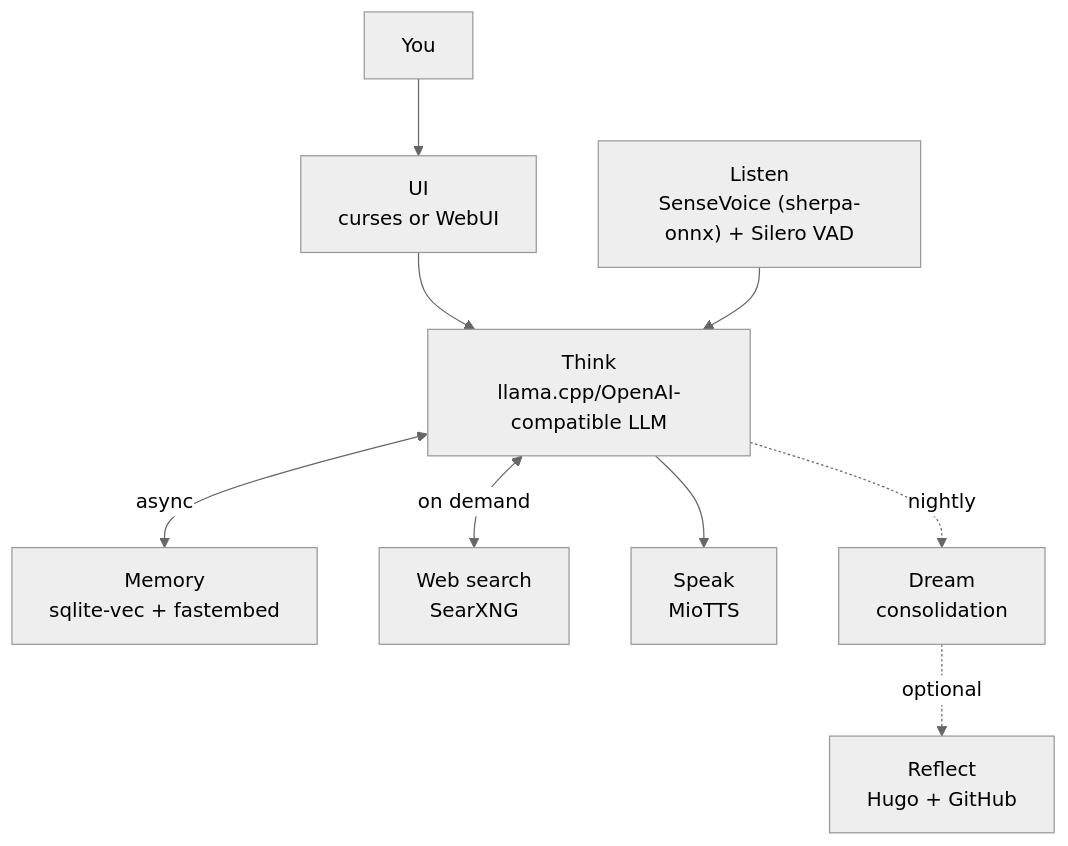
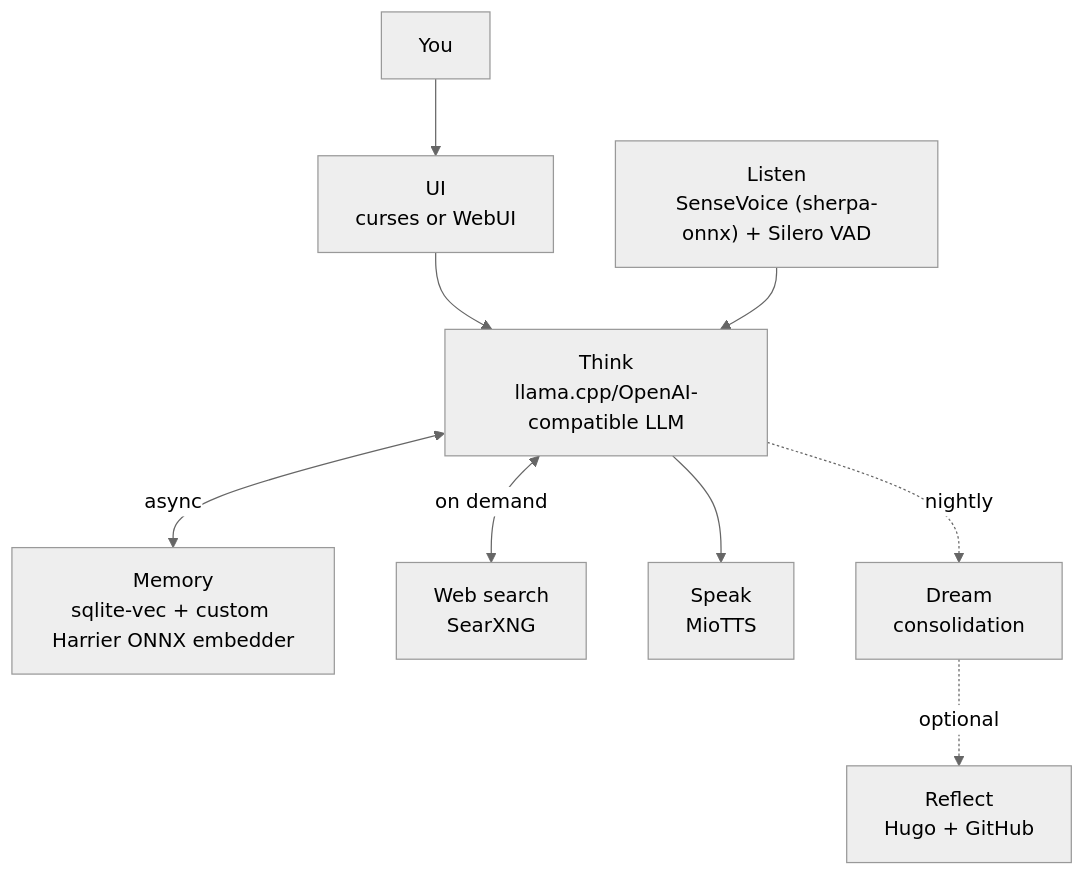
Before and after one commit to OppaAI/Aiko-chan: the diagram in README.md, drawn with Mermaid (neutral theme). The commit also changed other lines of this file and 11 other files, not shown here.

Commit message:
refactor: replace fastembed with a custom ONNX Harrier embedder for improved pooling support

````diff
--- a/README.md
+++ b/README.md
@@ -65,11 +65,11 @@
 ```mermaid
 flowchart TD
     YOU[You] --> UI[UI\ncurses or WebUI]
     UI --> THINK[Think\nllama.cpp/OpenAI-compatible LLM]
-    THINK <-->|async| MEM[Memory\nsqlite-vec + fastembed]
+    THINK <-->|async| MEM[Memory\nsqlite-vec + custom Harrier ONNX embedder]
     THINK <-->|on demand| SEARCH[Web search\nSearXNG]
     THINK --> SPEAK[Speak\nMioTTS]
     LISTEN["Listen\nSenseVoice (sherpa-onnx) + Silero VAD"] --> THINK
     THINK -.->|nightly| DREAM[Dream\nconsolidation]
     DREAM -.->|optional| REFLECT[Reflect\nHugo + GitHub]
 ```
````
